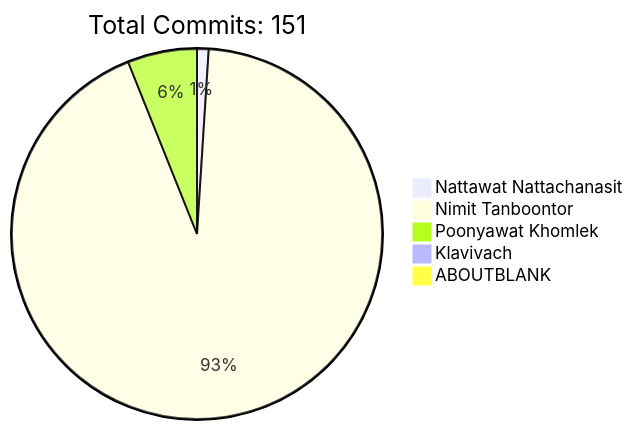
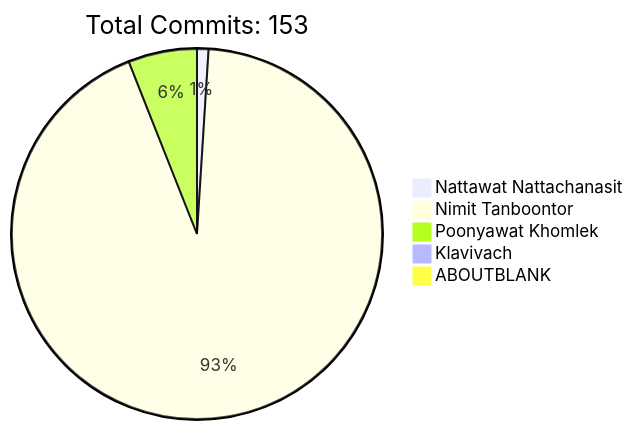
Before and after one commit to HLLC-MFU/HLLC-2025: the diagram in README.md, drawn with Mermaid. The commit also changed other lines of this file, not shown here.

````diff
--- a/README.md
+++ b/README.md
@@ -170,9 +170,9 @@
 ```mermaid
 pie
-    title Total Commits: 151
+    title Total Commits: 153
     "Nattawat Nattachanasit" : 1
-    "Nimit Tanboontor" : 92
+    "Nimit Tanboontor" : 93
     "Poonyawat Khomlek" : 6
     "Klavivach" : 0
     "ABOUTBLANK" : 0
 ```
````
